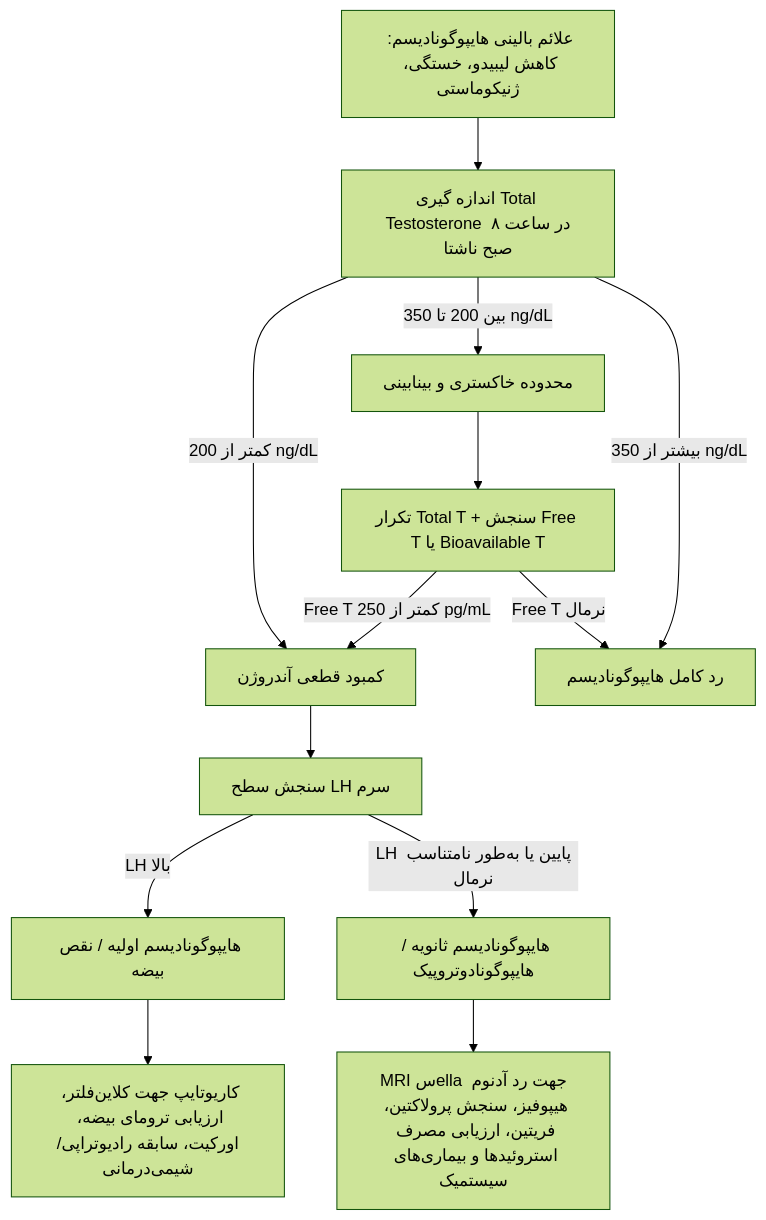
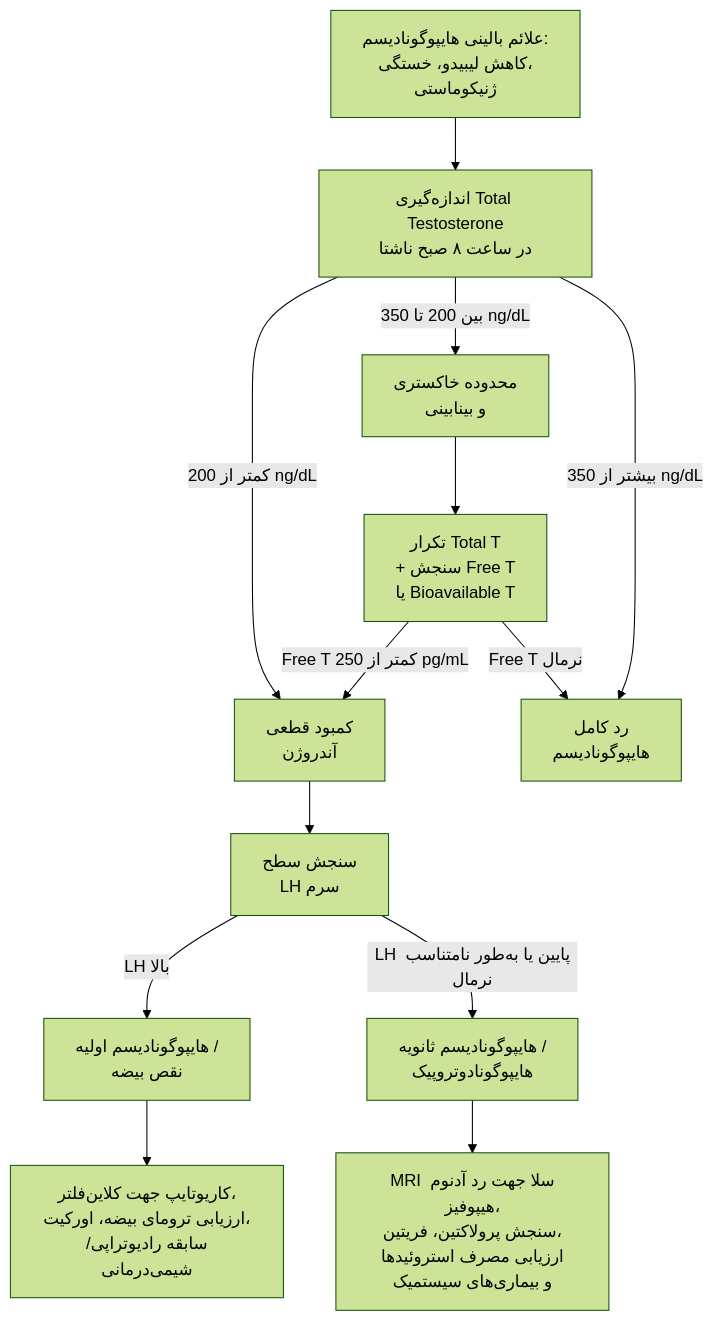
One commit to neopulse-hub/TUMS-1402-1-neo changed the fifth of 6 diagrams in 07/مبانی غدد/هیپوگنادیسم مردان.md. Above: the diagram before and after it, drawn with Mermaid (forest theme). The commit also changed other lines of this file, not shown here.

````diff
--- a/07/مبانی غدد/هیپوگنادیسم مردان.md
+++ b/07/مبانی غدد/هیپوگنادیسم مردان.md
@@ -194,19 +198,19 @@
 ```mermaid
 flowchart TD
-    Clin[علائم بالینی هایپوگونادیسم: کاهش لیبیدو، خستگی، ژنیکوماستی] --> Testo[اندازه گیری Total Testosterone در ساعت ۸ صبح ناشتا]
-    
-    Testo -->|کمتر از 200 ng/dL| DefiniteLow[کمبود قطعی آندروژن]
-    Testo -->|بین 200 تا 350 ng/dL| Borderline[محدوده خاکستری و بینابینی]
-    Testo -->|بیشتر از 350 ng/dL| Excluded[رد کامل هایپوگونادیسم]
-    
-    Borderline --> RepeatFree[تکرار Total T + سنجش Free T یا Bioavailable T]
-    RepeatFree -->|Free T کمتر از 250 pg/mL| DefiniteLow
-    RepeatFree -->|Free T نرمال| Excluded
-    
-    DefiniteLow --> MeasureLH[سنجش سطح LH سرم]
-    MeasureLH -->|LH بالا| PrimaryFail[هایپوگونادیسم اولیه / نقص بیضه]
-    MeasureLH -->|LH پایین یا به‌طور نامتناسب نرمال| HypoHypo[هایپوگونادیسم ثانویه / هایپوگونادوتروپیک]
-    
-    PrimaryFail --> WorkupPrimary[کاریوتایپ جهت کلاین‌فلتر، ارزیابی ترومای بیضه، اورکیت، سابقه رادیوتراپی/شیمی‌درمانی]
-    HypoHypo --> WorkupSecondary[MRI سella جهت رد آدنوم هیپوفیز، سنجش پرولاکتین، فریتین، ارزیابی مصرف استروئیدها و بیماری‌های سیستمیک]
+
+Clin[علائم بالینی هایپوگونادیسم:<br>کاهش لیبیدو، خستگی،<br>ژنیکوماستی] --> Testo[اندازه‌گیری Total Testosterone<br>در ساعت ۸ صبح ناشتا]
+Testo -->|کمتر از 200 ng/dL| DefiniteLow[کمبود قطعی<br>آندروژن]
+Testo -->|بین 200 تا 350 ng/dL| Borderline[محدوده خاکستری<br>و بینابینی]
+Testo -->|بیشتر از 350 ng/dL| Excluded[رد کامل<br>هایپوگونادیسم]
+
+Borderline --> RepeatFree[تکرار Total T<br>+ سنجش Free T<br>یا Bioavailable T]
+RepeatFree -->|Free T کمتر از 250 pg/mL| DefiniteLow
+RepeatFree -->|Free T نرمال| Excluded
+
+DefiniteLow --> MeasureLH[سنجش سطح<br>LH سرم]
+MeasureLH -->|LH بالا| PrimaryFail[هایپوگونادیسم اولیه /<br>نقص بیضه]
+MeasureLH -->|LH پایین یا به‌طور نامتناسب نرمال| HypoHypo[هایپوگونادیسم ثانویه /<br>هایپوگونادوتروپیک]
+
+PrimaryFail --> WorkupPrimary[کاریوتایپ جهت کلاین‌فلتر،<br>ارزیابی ترومای بیضه، اورکیت،<br>سابقه رادیوتراپی/شیمی‌درمانی]
+HypoHypo --> WorkupSecondary[MRI سلا جهت رد آدنوم هیپوفیز،<br>سنجش پرولاکتین، فریتین،<br>ارزیابی مصرف استروئیدها<br>و بیماری‌های سیستمیک]
 ```
````
